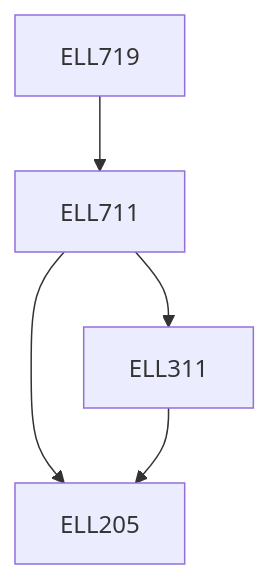
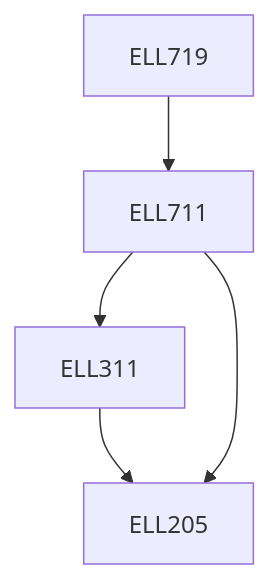
The diagram in content/Electrical Engineering/ELL719.md (KeshavBansal0122/CoS_Website), drawn with Mermaid before and after one commit. The commit also changed other lines of this file and 2667 other files, not shown here.

````diff
--- a/content/Electrical Engineering/ELL719.md
+++ b/content/Electrical Engineering/ELL719.md
@@ -17,7 +15,11 @@
 ```mermaid
-graph TD
-ELL719 --> ELL711
-ELL711 --> ELL205
-ELL711 --> ELL311
-ELL311 --> ELL205
+flowchart TD
+ELL719-350[ELL719]
+ELL711-350 --> ELL311-350[ELL311]
+ELL719-350 --> ELL711-350[ELL711]
+ELL311-350 --> ELL205-350[ELL205]
+ELL711-350 --> ELL205-350[ELL205]
+
+classDef empty height:17px, fill:transparent, stroke:transparent;
+classDef trueEmpty height:0px, width:0px;
 ```
````
